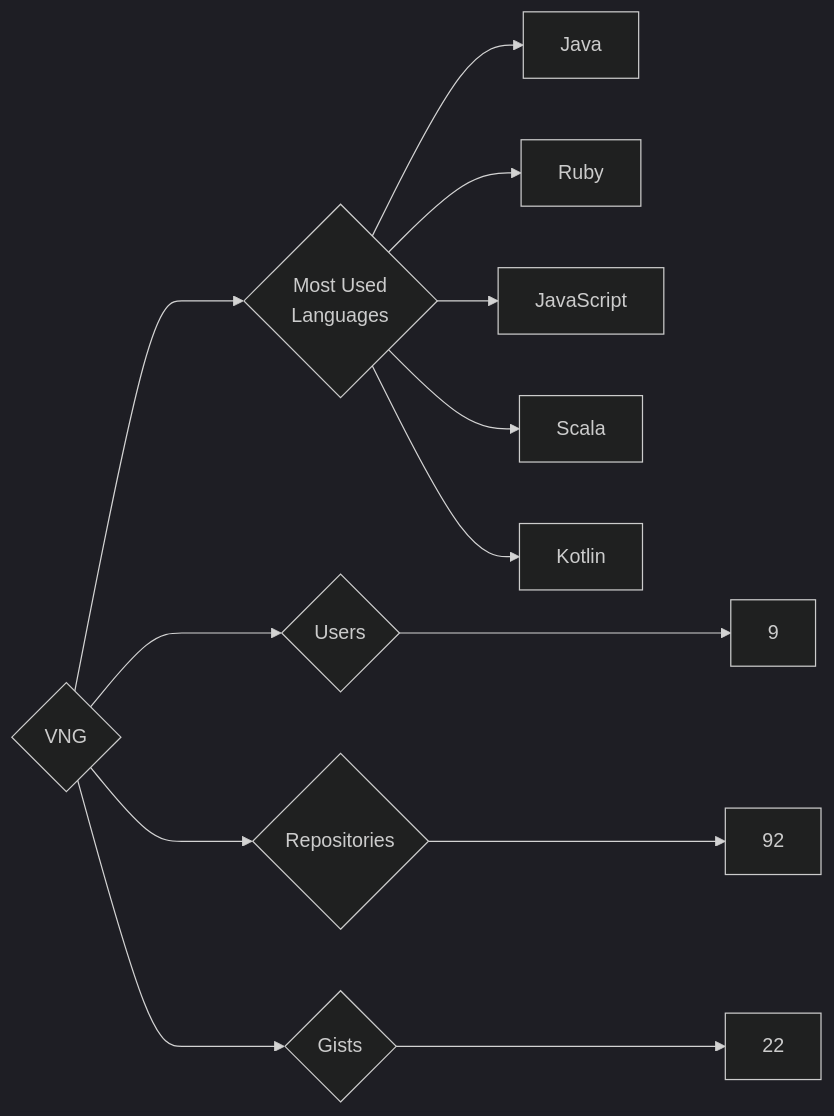
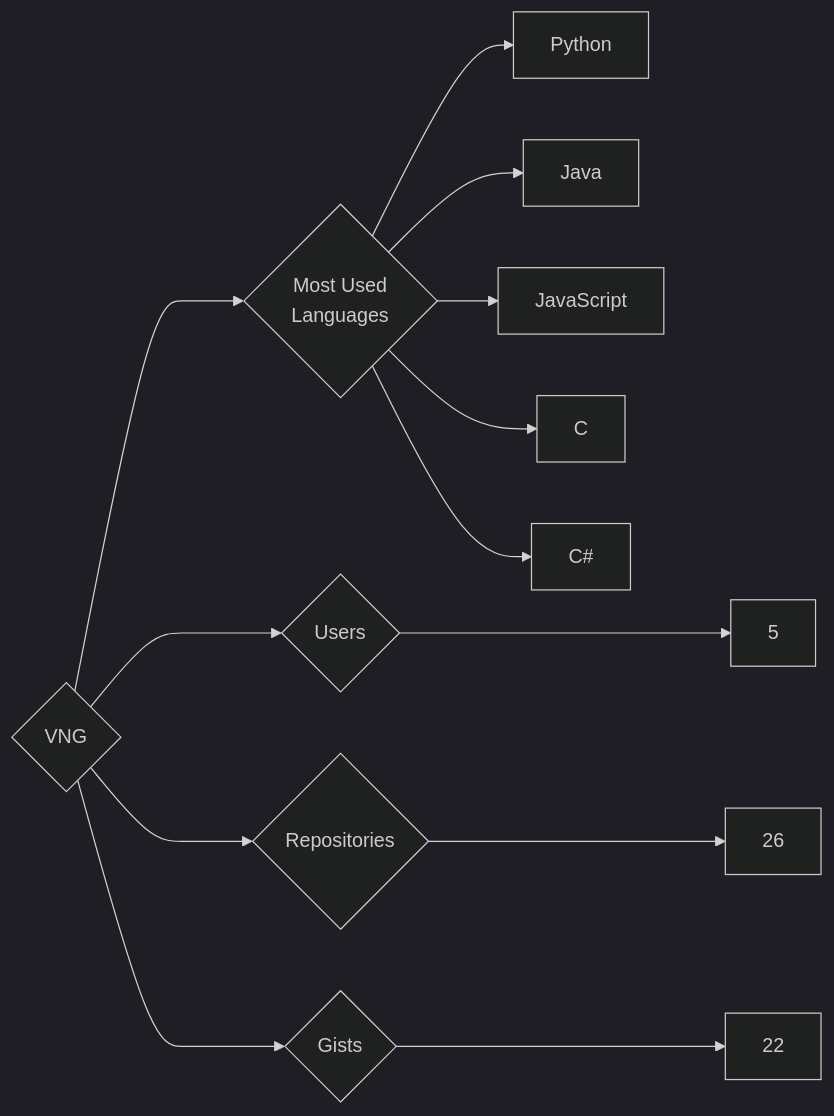
One commit to trickest/insiders changed the diagram in targets/VNG/README.md. Above: the diagram before and after it, drawn with Mermaid (dark theme). The commit also changed 806 other files, not shown here.

````diff
--- a/targets/VNG/README.md
+++ b/targets/VNG/README.md
@@ -3,13 +3,13 @@
 ```mermaid
 graph LR
 COMPANY_NAME{VNG}
-COMPANY_NAME ---> U{Users} ---> UN[9]
-COMPANY_NAME ---> R{Repositories} ---> RN[92]
+COMPANY_NAME ---> U{Users} ---> UN[5]
+COMPANY_NAME ---> R{Repositories} ---> RN[26]
 COMPANY_NAME ---> G{Gists} ---> GN[22]
 COMPANY_NAME ---> ML{Most Used<br>Languages}
+ML --> Python[Python]
 ML --> Java[Java]
-ML --> Ruby[Ruby]
 ML --> JavaScript[JavaScript]
-ML --> Scala[Scala]
-ML --> Kotlin[Kotlin]
+ML --> C[C]
+ML --> C#[C#]
 ```
````
